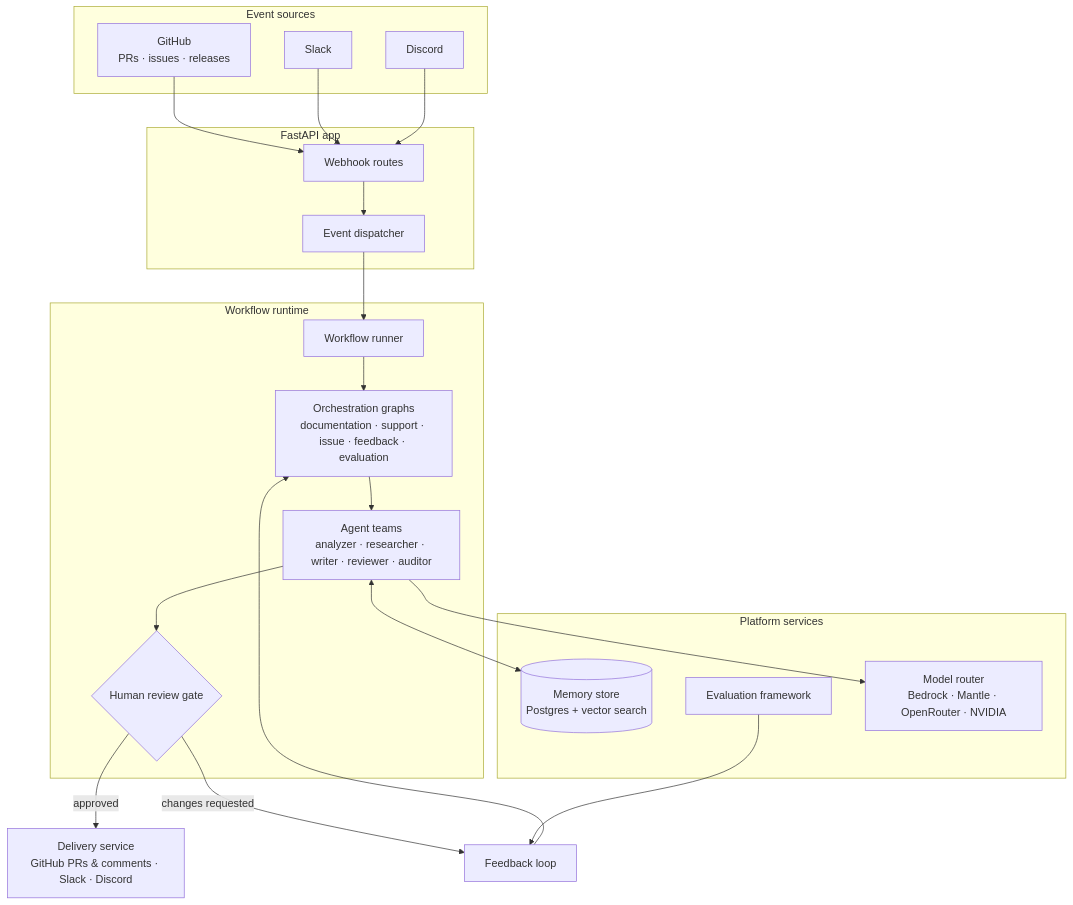
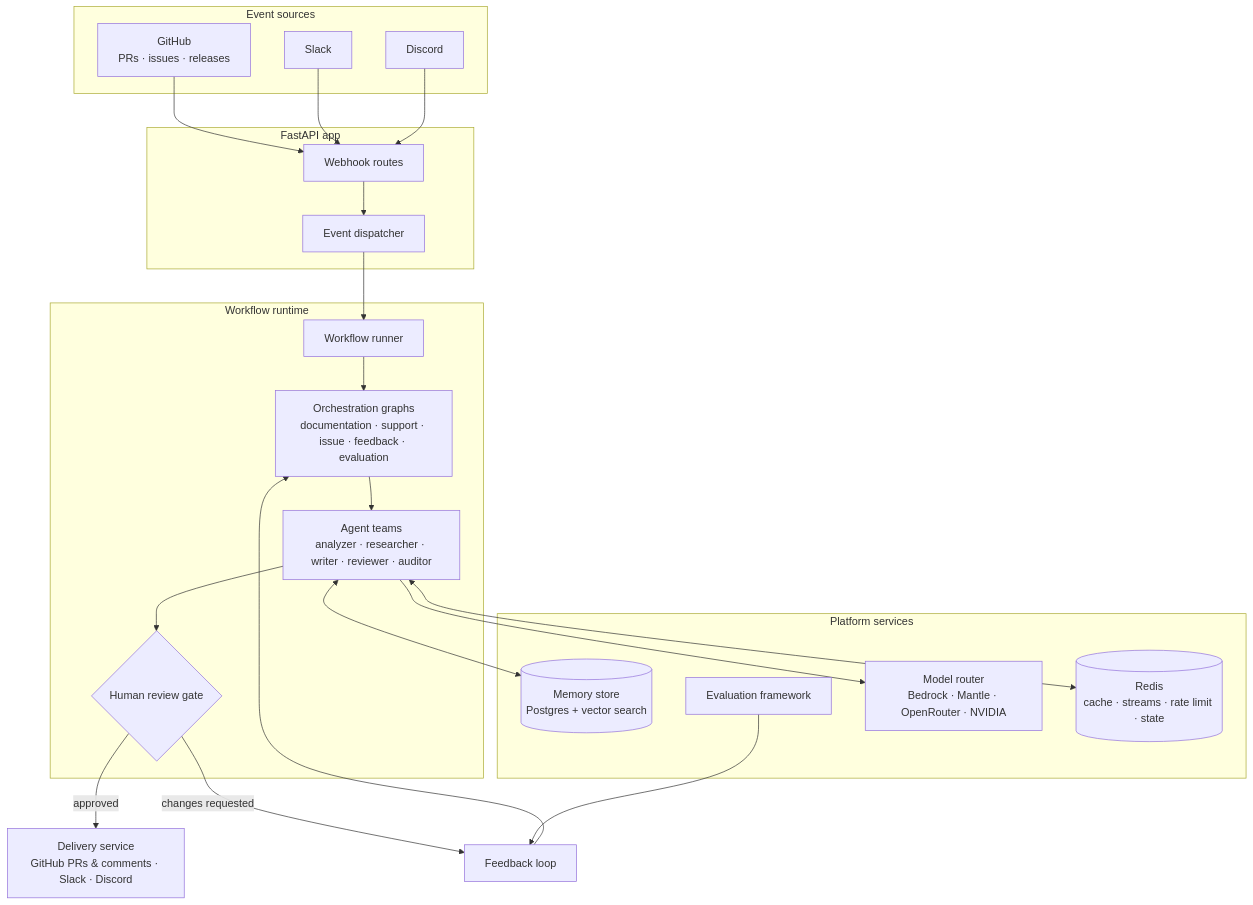
One commit to TheGreatBonnie/draftly-agent-backend changed the diagram in README.md. Above: the diagram before and after it, drawn with Mermaid. The commit also changed other lines of this file and 63 other files, not shown here.

Commit message:
feat: add Redis stream bus, semantic cache, rate limiter, and integration tests

````diff
--- a/README.md
+++ b/README.md
@@ -20,35 +20,37 @@
 ```mermaid
 flowchart TD
     subgraph sources["Event sources"]
         GH["GitHub<br/>PRs · issues · releases"]
         SL["Slack"]
         DC["Discord"]
     end
 
     subgraph api["FastAPI app"]
         WH["Webhook routes"] --> DISP["Event dispatcher"]
     end
 
     subgraph runtime["Workflow runtime"]
         RUN["Workflow runner"] --> GRAPH["Orchestration graphs<br/>documentation · support · issue · feedback · evaluation"]
         GRAPH --> AGENTS["Agent teams<br/>analyzer · researcher · writer · reviewer · auditor"]
         AGENTS --> GATE{"Human review gate"}
     end
 
     subgraph platform["Platform services"]
         MEM[("Memory store<br/>Postgres + vector search")]
         EVAL["Evaluation framework"]
         MODELS["Model router<br/>Bedrock · Mantle · OpenRouter · NVIDIA"]
+        REDIS[("Redis<br/>cache · streams · rate limit · state")]
     end
 
     GH --> WH
     SL --> WH
     DC --> WH
     DISP --> RUN
     AGENTS <--> MEM
     AGENTS --> MODELS
+    AGENTS <--> REDIS
     GATE -- "approved" --> DELIVER["Delivery service<br/>GitHub PRs & comments · Slack · Discord"]
     GATE -- "changes requested" --> FEEDBACK["Feedback loop"]
     EVAL --> FEEDBACK
     FEEDBACK --> GRAPH
 ```
````
